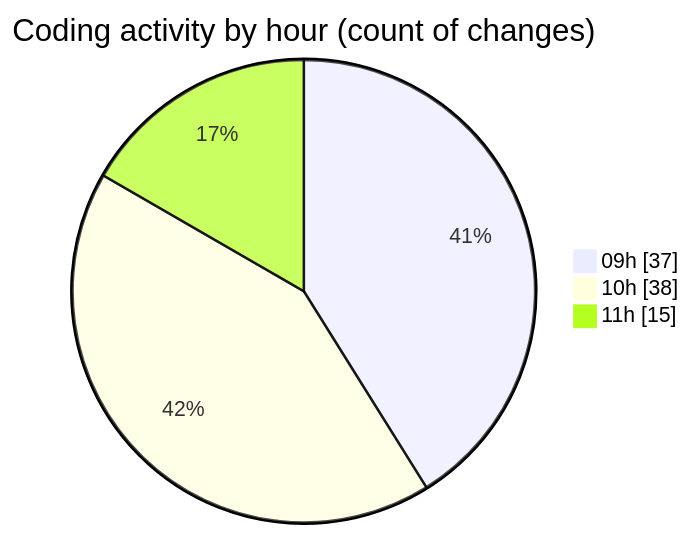
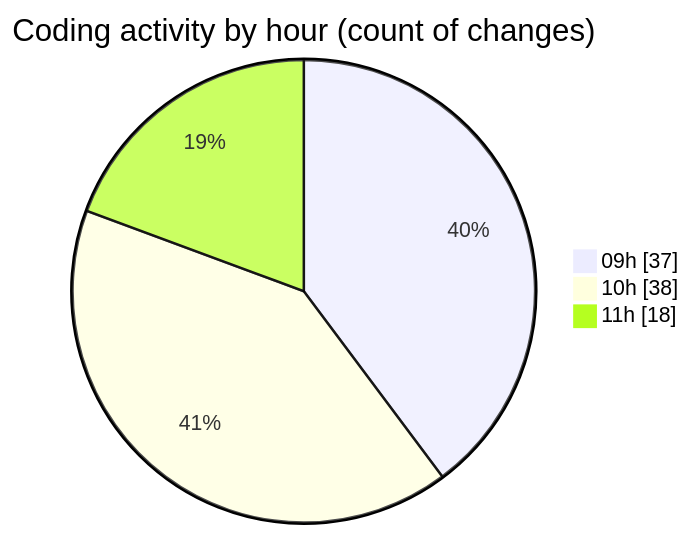
One commit to momahboobian/code-tracking changed the second of 2 diagrams in 2025-02-12/cda/README.md. Above: the diagram before and after it, drawn with Mermaid. The commit also changed other lines of this file and 1 other file, not shown here.

````diff
--- a/2025-02-12/cda/README.md
+++ b/2025-02-12/cda/README.md
@@ -32,7 +32,7 @@
 ```mermaid
 pie showData
 title Coding activity by hour (count of changes)
 "09h" : 37
 "10h" : 38
-"11h" : 15
+"11h" : 18
 ```
````
